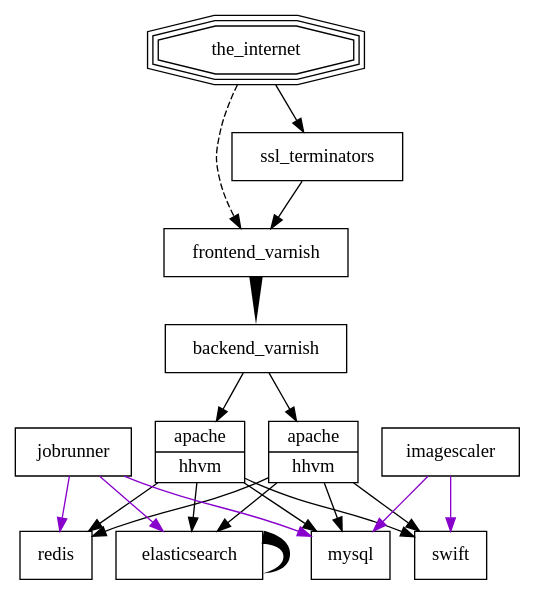
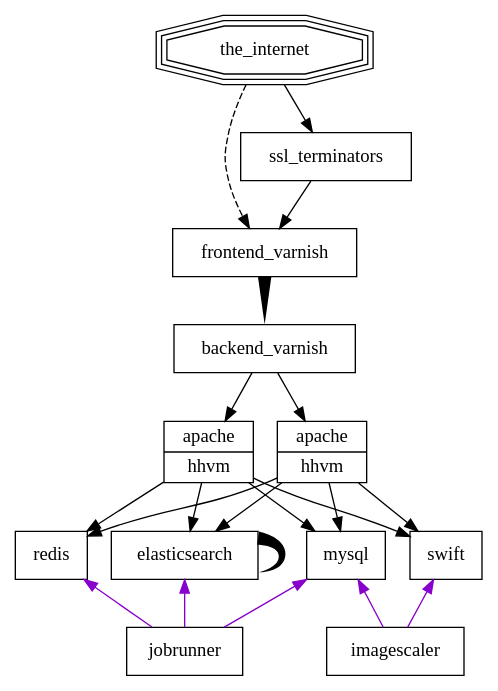
Before and after one commit to nik9000/wikimedia_diagram: the diagram in diagram.dot, drawn with Graphviz. The commit also changed 1 other file, not shown here.

Commit message:
Move jobs under web

```diff
--- a/diagram.dot
+++ b/diagram.dot
@@ -1,23 +1,24 @@
 digraph WMF {
   splines=true;
   sep = 1;
   node [shape=box];
   subgraph web_traffic {
     the_internet -> ssl_terminators;
     the_internet -> frontend_varnish [style=dashed];
     ssl_terminators -> frontend_varnish;
     frontend_varnish -> backend_varnish [style=tapered, penwidth=10, arrowhead=none];
     backend_varnish -> {web:apache, api:hhvm};
     {web:hhvm, api:hhvm} -> {mysql, redis, elasticsearch, swift};
     elasticsearch -> elasticsearch [style=tapered, penwidth=10, arrowhead=none];
   }
   subgraph jobs {
-    edge [color="#8800cc"]
-    jobrunner -> {mysql, redis, elasticsearch};
-    imagescaler -> {mysql, swift};
+    // These arrows are reversed so dot will throw these nodes under the web_traffic ones
+    edge [color="#8800cc", dir="back"]
+    {mysql, redis, elasticsearch} -> jobrunner;
+    {mysql, swift} -> imagescaler;
   }
 
   the_internet [shape=tripleoctagon];
   web [shape=record, label="{<apache>apache | <hhvm>hhvm}"]
   api [shape=record, label="{<apache>apache | <hhvm>hhvm}"]
 }
```
